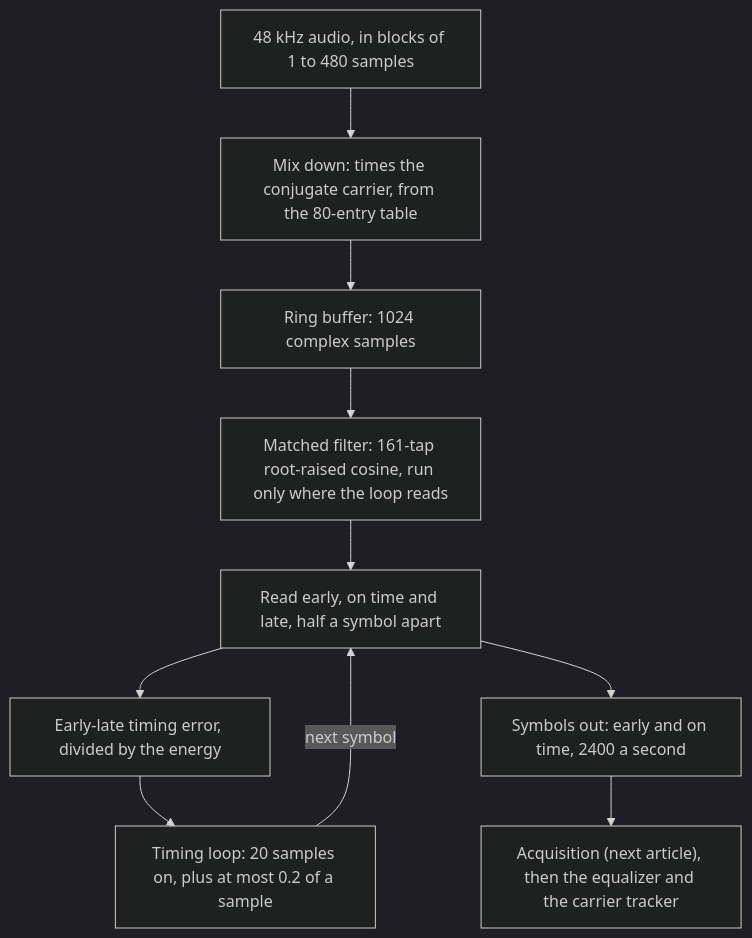
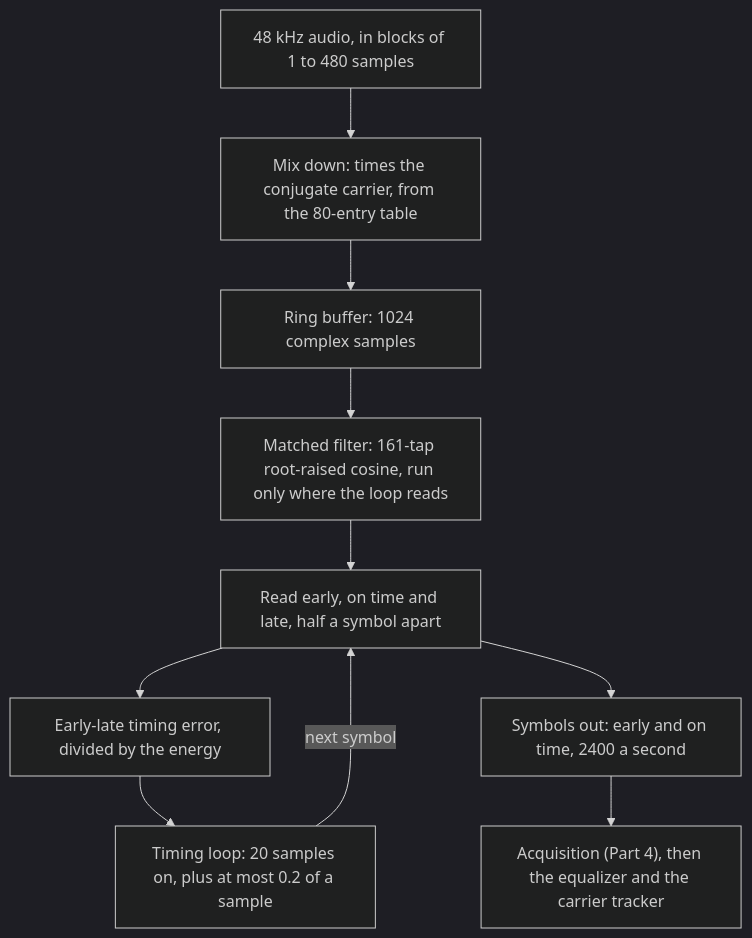
One commit to kg7hf/modem-core changed the diagram in docs/articles/04-audio-front-end.md. Above: the diagram before and after it, drawn with Mermaid (dark theme). The commit also changed 32 other files, not shown here.

First line of the commit message:
Part 4: acquisition (#2)

````diff
--- a/docs/articles/04-audio-front-end.md
+++ b/docs/articles/04-audio-front-end.md
@@ -42,12 +42,12 @@
 ```mermaid
 graph TD
   A["48 kHz audio, in blocks of 1 to 480 samples"] --> B["Mix down: times the conjugate carrier, from the 80-entry table"]
   B --> C["Ring buffer: 1024 complex samples"]
   C --> D["Matched filter: 161-tap root-raised cosine, run only where the loop reads"]
   D --> E["Read early, on time and late, half a symbol apart"]
   E --> F["Early-late timing error, divided by the energy"]
   F --> G["Timing loop: 20 samples on, plus at most 0.2 of a sample"]
   G -->|next symbol| E
   E --> H["Symbols out: early and on time, 2400 a second"]
-  H --> I["Acquisition (next article), then the equalizer and the carrier tracker"]
+  H --> I["Acquisition (Part 4), then the equalizer and the carrier tracker"]
 ```
````
